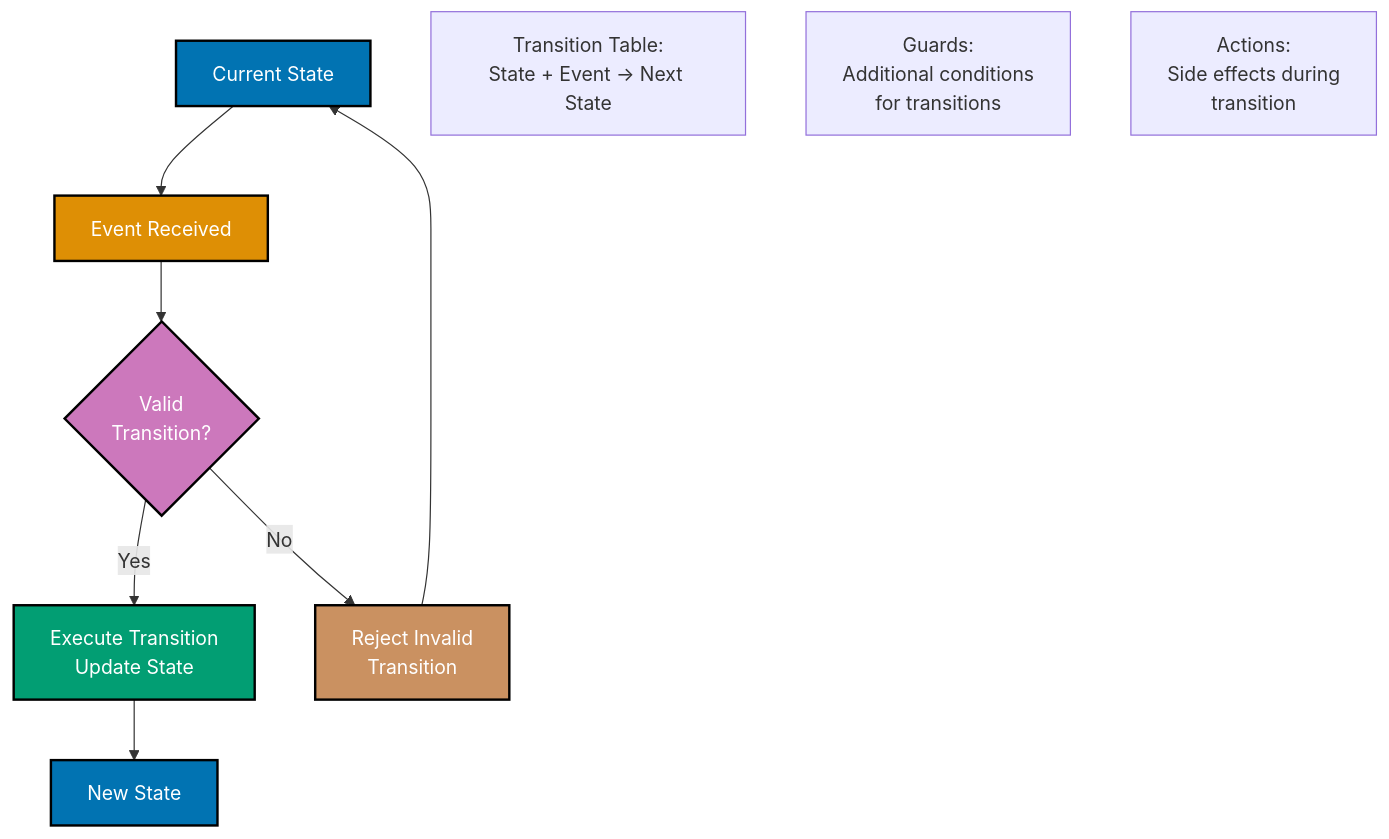
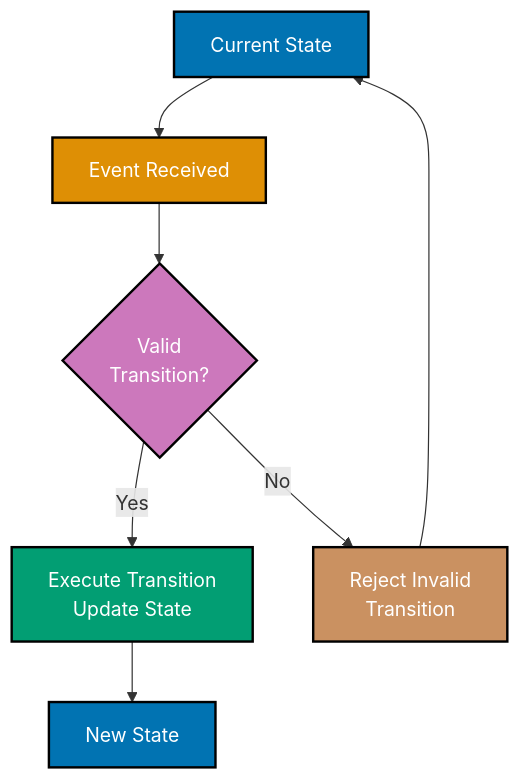
One commit to wahidyankf/ose-primer changed the first of 8 diagrams in docs/explanation/software-engineering/programming-languages/typescript/finite-state-machine.md. Above: the diagram before and after it, drawn with Mermaid. The commit also changed 16 other files, not shown here.

Commit message:
fix(docs): fix mermaid violations in typescript/ docs (batch 1/10)

````diff
--- a/docs/explanation/software-engineering/programming-languages/typescript/finite-state-machine.md
+++ b/docs/explanation/software-engineering/programming-languages/typescript/finite-state-machine.md
@@ -36,27 +36,23 @@
 ```mermaid
 %% Color Palette: Blue #0173B2, Orange #DE8F05, Teal #029E73, Purple #CC78BC, Brown #CA9161
 graph TD
     Start["Current State"]:::blue
     Event["Event Received"]:::orange
     Valid{"Valid<br/>Transition?"}:::purple
     Execute["Execute Transition<br/>Update State"]:::teal
     Reject["Reject Invalid<br/>Transition"]:::brown
     End["New State"]:::blue
 
     Start --> Event
     Event --> Valid
     Valid -->|Yes| Execute
     Valid -->|No| Reject
     Execute --> End
     Reject --> Start
 
-    Note1["Transition Table:<br/>State + Event -> Next State"]
-    Note2["Guards:<br/>Additional conditions<br/>for transitions"]
-    Note3["Actions:<br/>Side effects during<br/>transition"]
-
     classDef blue fill:#0173B2,stroke:#000000,color:#FFFFFF,stroke-width:2px
     classDef orange fill:#DE8F05,stroke:#000000,color:#FFFFFF,stroke-width:2px
     classDef teal fill:#029E73,stroke:#000000,color:#FFFFFF,stroke-width:2px
     classDef purple fill:#CC78BC,stroke:#000000,color:#FFFFFF,stroke-width:2px
     classDef brown fill:#CA9161,stroke:#000000,color:#FFFFFF,stroke-width:2px
 ```
````
